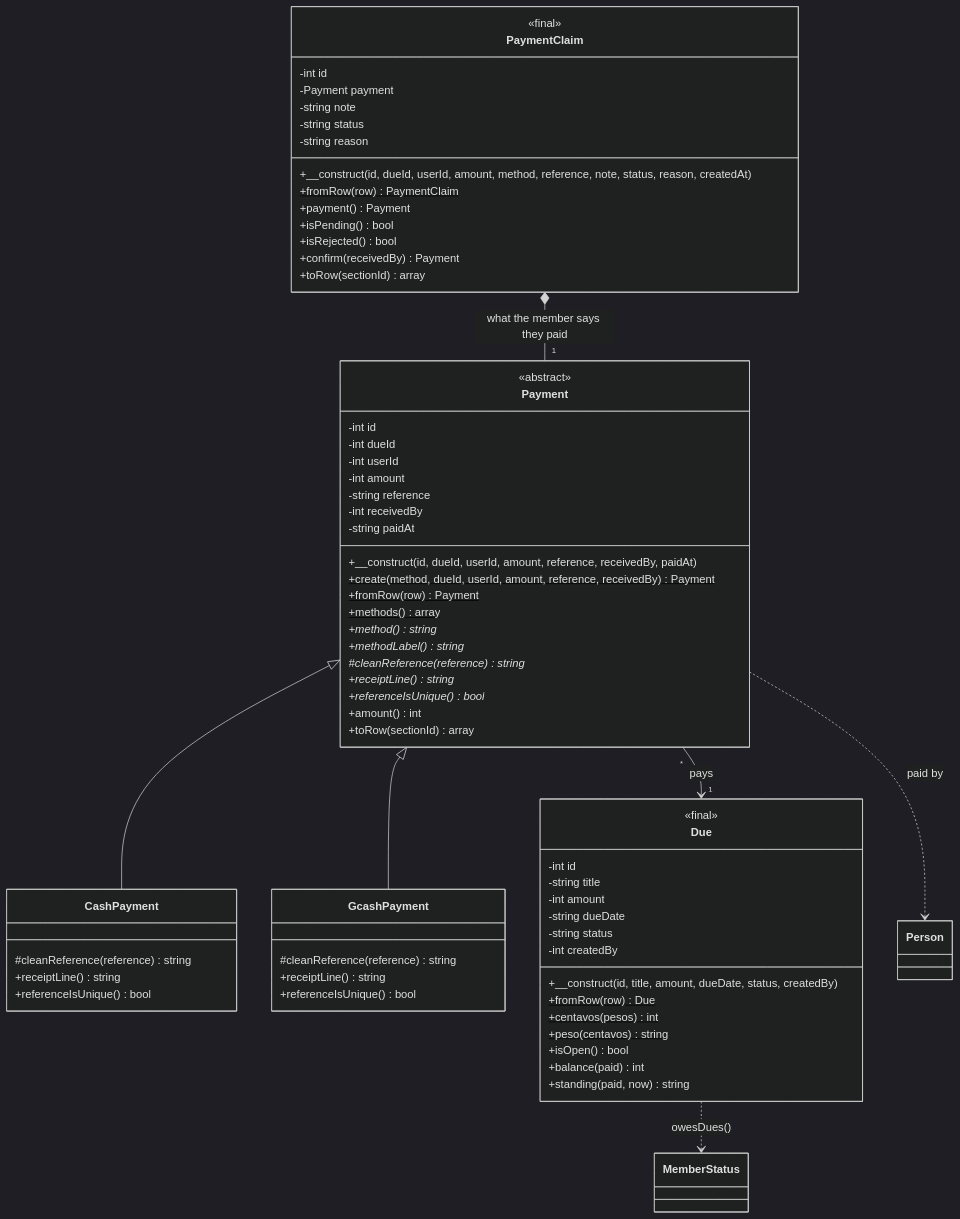
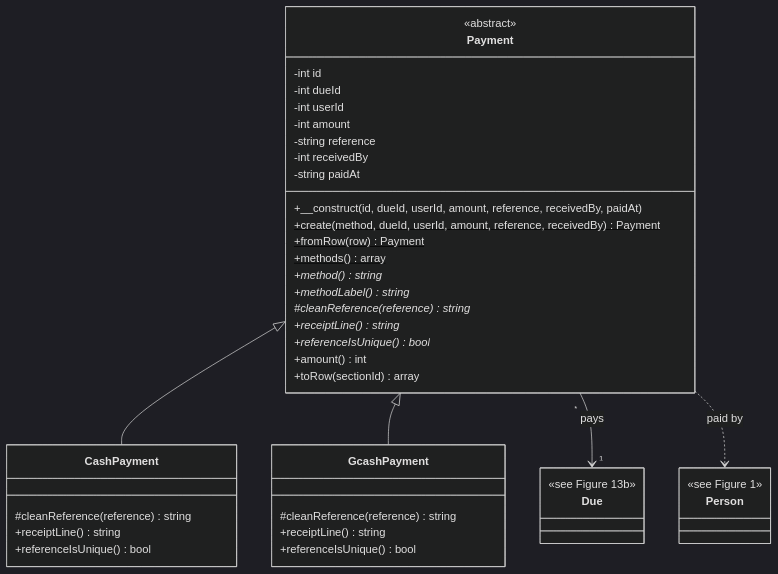
Before and after one commit to rcldvmnl/AcadSync: diagram 15 of 25 in docs/CLASS_DIAGRAM.md, drawn with Mermaid (dark theme). The commit also changed other lines of this file and 2 other files, not shown here.

Commit message:
class diagram

````diff
--- a/docs/CLASS_DIAGRAM.md
+++ b/docs/CLASS_DIAGRAM.md
@@ -393,72 +613,45 @@
 ```mermaid
 classDiagram
     direction TB
     class Payment {
         <<abstract>>
         -int id
         -int dueId
         -int userId
         -int amount
         -string reference
         -int receivedBy
         -string paidAt
         +__construct(id, dueId, userId, amount, reference, receivedBy, paidAt)
         +create(method, dueId, userId, amount, reference, receivedBy)$ Payment
         +fromRow(row)$ Payment
         +methods()$ array
         +method()* string
         +methodLabel()* string
         #cleanReference(reference)* string
         +receiptLine()* string
         +referenceIsUnique()* bool
         +amount() int
         +toRow(sectionId) array
     }
     class CashPayment {
         #cleanReference(reference) string
         +receiptLine() string
         +referenceIsUnique() bool
     }
     class GcashPayment {
         #cleanReference(reference) string
         +receiptLine() string
         +referenceIsUnique() bool
     }
     class Due {
-        <<final>>
-        -int id
-        -string title
-        -int amount
-        -string dueDate
-        -string status
-        -int createdBy
-        +__construct(id, title, amount, dueDate, status, createdBy)
-        +fromRow(row)$ Due
-        +centavos(pesos)$ int
-        +peso(centavos)$ string
-        +isOpen() bool
-        +balance(paid) int
-        +standing(paid, now) string
+        <<see Figure 13b>>
     }
-    class PaymentClaim {
-        <<final>>
-        -int id
-        -Payment payment
-        -string note
-        -string status
-        -string reason
-        +__construct(id, dueId, userId, amount, method, reference, note, status, reason, createdAt)
-        +fromRow(row)$ PaymentClaim
-        +payment() Payment
-        +isPending() bool
-        +isRejected() bool
-        +confirm(receivedBy) Payment
-        +toRow(sectionId) array
+    class Person {
+        <<see Figure 1>>
     }
     Payment <|-- CashPayment
     Payment <|-- GcashPayment
-    PaymentClaim *-- "1" Payment : what the member says they paid
     Payment "*" --> "1" Due : pays
     Payment ..> Person : paid by
-    Due ..> MemberStatus : owesDues()
 ```
````
